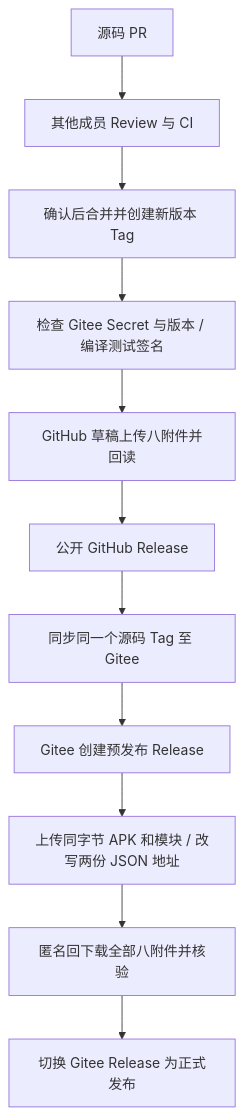
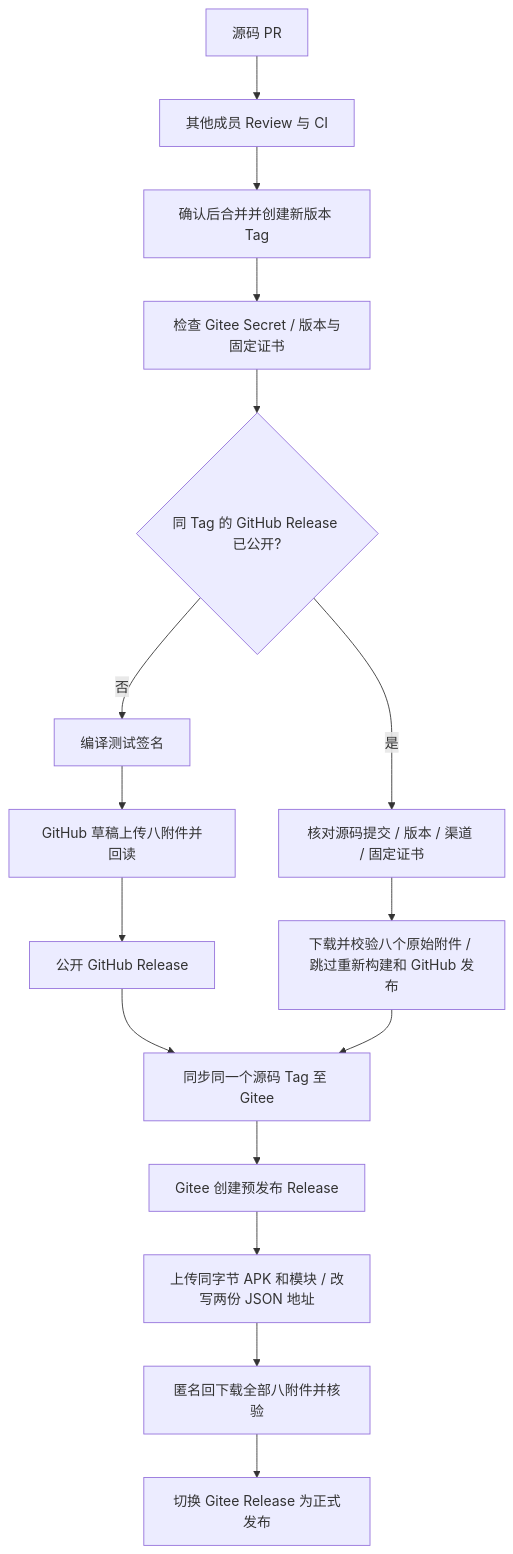
Before and after one commit to GiraffesLoveBeauty/ACM-Forever: the diagram in docs/android-v0.2.27-gitee-updates.md, drawn with Mermaid. The commit also changed other lines of this file and 1 other file, not shown here.

Commit message:
docs(android): record v0.2.27 release review fixes and recovery checks

````diff
--- a/docs/android-v0.2.27-gitee-updates.md
+++ b/docs/android-v0.2.27-gitee-updates.md
@@ -28,13 +28,18 @@
 ```mermaid
 flowchart TD
     A[源码 PR] --> B[其他成员 Review 与 CI]
     B --> C[确认后合并并创建新版本 Tag]
-    C --> D[检查 Gitee Secret 与版本 / 编译测试签名]
-    D --> E[GitHub 草稿上传八附件并回读]
+    C --> D[检查 Gitee Secret / 版本与固定证书]
+    D --> R{同 Tag 的 GitHub Release 已公开?}
+    R -->|否| N[编译测试签名]
+    N --> E[GitHub 草稿上传八附件并回读]
     E --> F[公开 GitHub Release]
     F --> G[同步同一个源码 Tag 至 Gitee]
+    R -->|是| V[核对源码提交 / 版本 / 渠道 / 固定证书]
+    V --> W[下载并校验八个原始附件 / 跳过重新构建和 GitHub 发布]
+    W --> G
     G --> H[Gitee 创建预发布 Release]
     H --> I[上传同字节 APK 和模块 / 改写两份 JSON 地址]
     I --> J[匿名回下载全部八附件并核验]
     J --> K[切换 Gitee Release 为正式发布]
 ```
````
